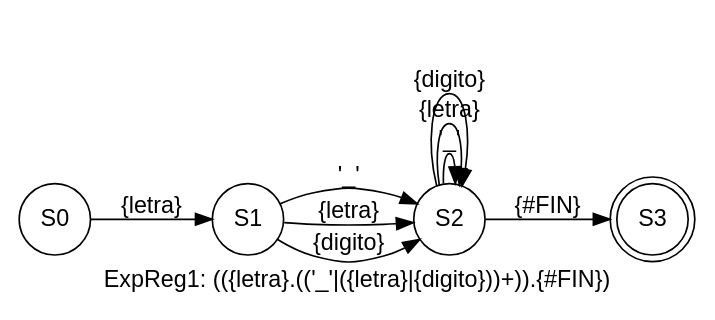
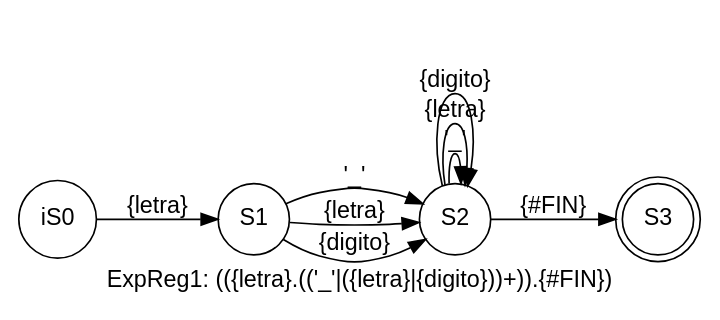
One commit to PikaGuty/OLC1_Proyecto1_202004765 changed the diagram in AFD_202004765/AFD_ExpReg1.dot. Above: the diagram before and after it, drawn with Graphviz. The commit also changed 43 other files, not shown here.

```diff
--- a/AFD_202004765/AFD_ExpReg1.dot
+++ b/AFD_202004765/AFD_ExpReg1.dot
@@ -1,16 +1,16 @@
 digraph finite_state_machine {
 	fontname="Helvetica,Arial,sans-serif"
        label="ExpReg1: (({letra}.(('_'|({letra}|{digito}))+)).{#FIN})"	node [fontname="Helvetica,Arial,sans-serif"]
 	edge [fontname="Helvetica,Arial,sans-serif"]
 	rankdir=LR;
 	size="8,5";
        node [shape = doublecircle]; S3;
-	node [shape = circle];S0 -> S1 [label = "{letra}"];
+	node [shape = circle];iS0 -> S1 [label = "{letra}"];
 S1 -> S2 [label = "'_'"];
 S1 -> S2 [label = "{letra}"];
 S1 -> S2 [label = "{digito}"];
 S2 -> S2 [label = "'_'"];
 S2 -> S2 [label = "{letra}"];
 S2 -> S2 [label = "{digito}"];
 S2 -> S3 [label = "{#FIN}"];
 }
```
